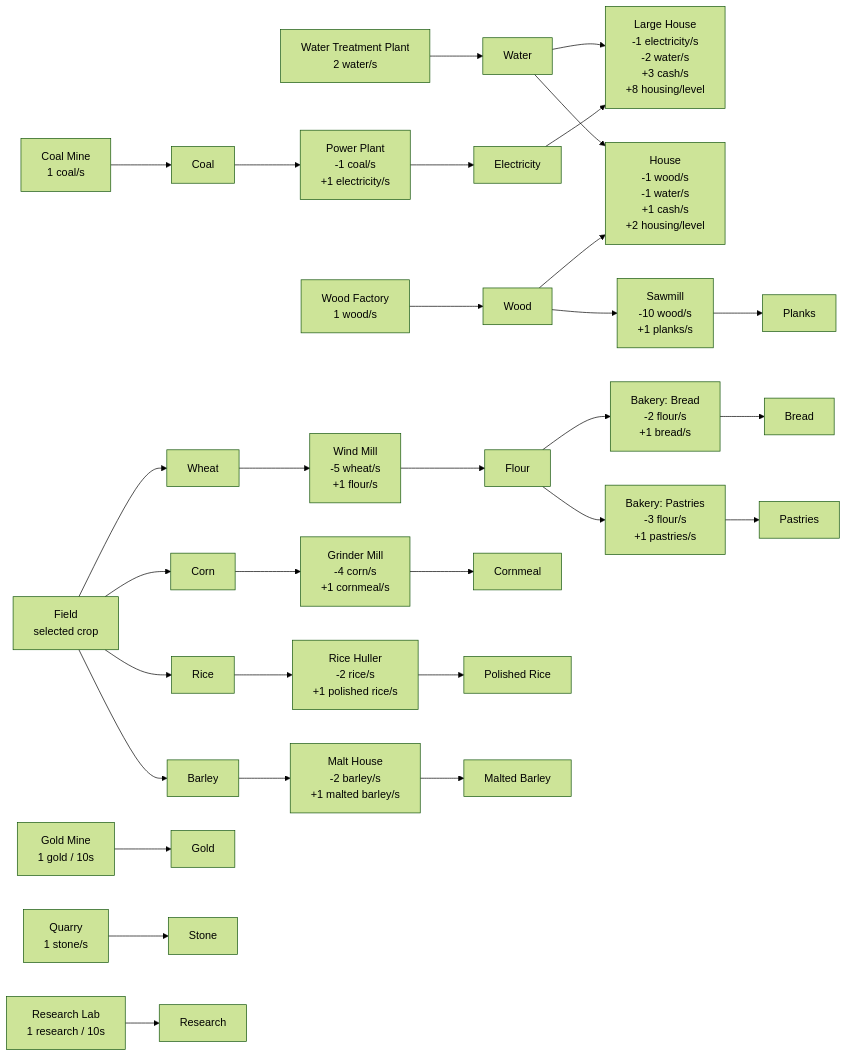
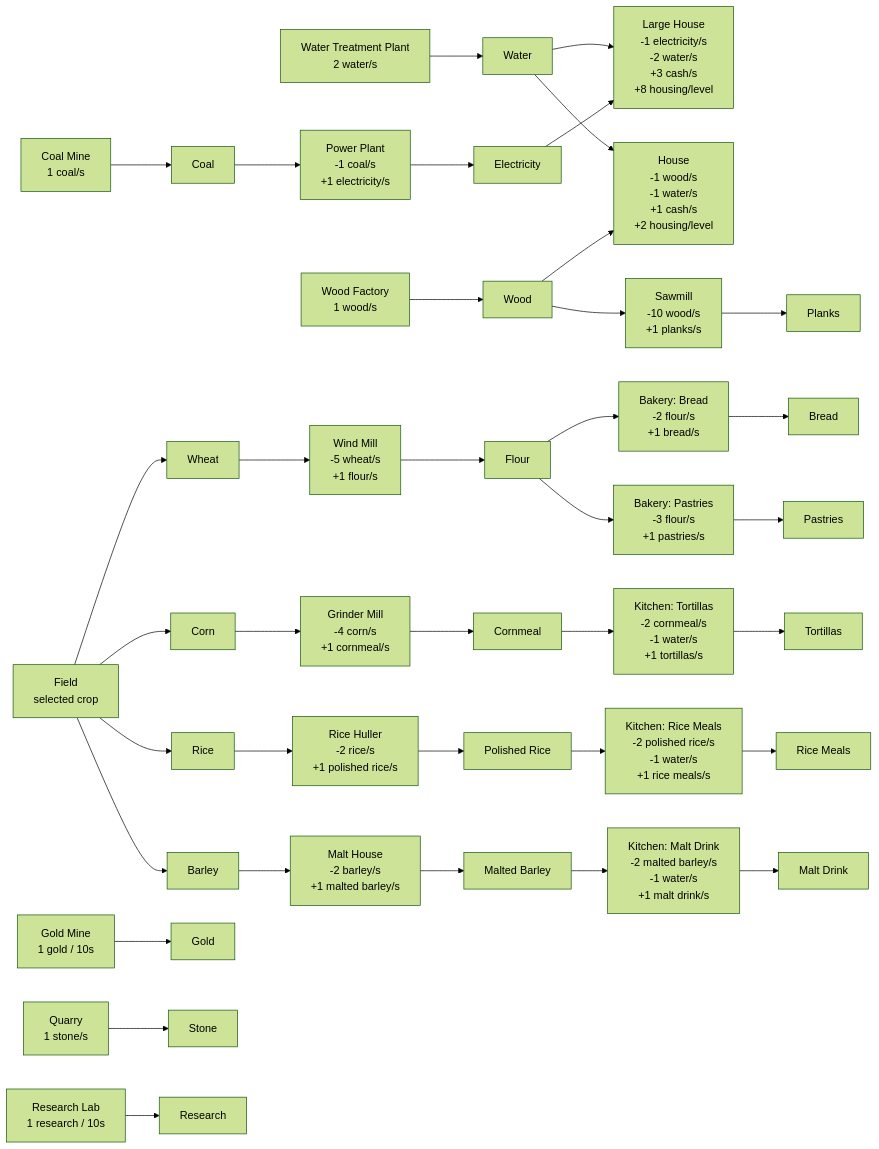
One commit to cwchanap/horologium changed the first of 5 diagrams in docs/production_chains.md. Above: the diagram before and after it, drawn with Mermaid (forest theme). The commit also changed other lines of this file and 5 other files, not shown here.

````diff
--- a/docs/production_chains.md
+++ b/docs/production_chains.md
@@ -37,41 +38,48 @@
 ```mermaid
 flowchart LR
   CoalMine["Coal Mine\n1 coal/s"] --> Coal["Coal"]
   Coal --> PowerPlant["Power Plant\n-1 coal/s\n+1 electricity/s"]
   PowerPlant --> Electricity["Electricity"]
   Electricity --> LargeHouse["Large House\n-1 electricity/s\n-2 water/s\n+3 cash/s\n+8 housing/level"]
 
   WoodFactory["Wood Factory\n1 wood/s"] --> Wood["Wood"]
   Wood --> House["House\n-1 wood/s\n-1 water/s\n+1 cash/s\n+2 housing/level"]
   Wood --> Sawmill["Sawmill\n-10 wood/s\n+1 planks/s"]
   Sawmill --> Planks["Planks"]
 
   WaterTreatment["Water Treatment Plant\n2 water/s"] --> Water["Water"]
   Water --> House
   Water --> LargeHouse
 
   Field["Field\nselected crop"] --> Wheat["Wheat"]
   Field --> Corn["Corn"]
   Field --> Rice["Rice"]
   Field --> Barley["Barley"]
 
   Wheat --> WindMill["Wind Mill\n-5 wheat/s\n+1 flour/s"]
   WindMill --> Flour["Flour"]
   Flour --> BakeryBread["Bakery: Bread\n-2 flour/s\n+1 bread/s"]
   Flour --> BakeryPastries["Bakery: Pastries\n-3 flour/s\n+1 pastries/s"]
   BakeryBread --> Bread["Bread"]
   BakeryPastries --> Pastries["Pastries"]
 
   Corn --> GrinderMill["Grinder Mill\n-4 corn/s\n+1 cornmeal/s"]
   GrinderMill --> Cornmeal["Cornmeal"]
 
   Rice --> RiceHuller["Rice Huller\n-2 rice/s\n+1 polished rice/s"]
   RiceHuller --> PolishedRice["Polished Rice"]
 
   Barley --> MaltHouse["Malt House\n-2 barley/s\n+1 malted barley/s"]
   MaltHouse --> MaltedBarley["Malted Barley"]
 
+  Cornmeal --> KitchenTortillas["Kitchen: Tortillas\n-2 cornmeal/s\n-1 water/s\n+1 tortillas/s"]
+  PolishedRice --> KitchenRiceMeals["Kitchen: Rice Meals\n-2 polished rice/s\n-1 water/s\n+1 rice meals/s"]
+  MaltedBarley --> KitchenMaltDrink["Kitchen: Malt Drink\n-2 malted barley/s\n-1 water/s\n+1 malt drink/s"]
+  KitchenTortillas --> Tortillas["Tortillas"]
+  KitchenRiceMeals --> RiceMeals["Rice Meals"]
+  KitchenMaltDrink --> MaltDrink["Malt Drink"]
+
   GoldMine["Gold Mine\n1 gold / 10s"] --> Gold["Gold"]
   Quarry["Quarry\n1 stone/s"] --> Stone["Stone"]
   ResearchLab["Research Lab\n1 research / 10s"] --> Research["Research"]
 ```
````
